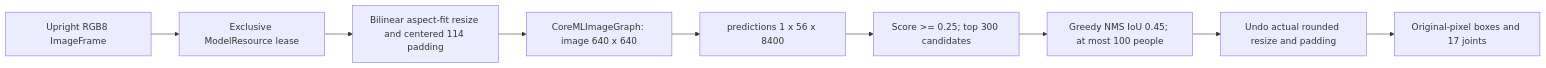
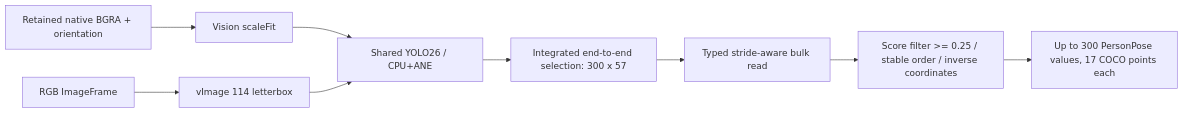
One commit to devilyouwei/MobileHarness changed the diagram in MobileHarness/ModelKit/Vision/YOLO/README.md. Above: the diagram before and after it, drawn with Mermaid. The commit also changed other lines of this file and 76 other files, not shown here.

First line of the commit message:
Improve native pose pipeline and migrate to YOLO26

````diff
--- a/MobileHarness/ModelKit/Vision/YOLO/README.md
+++ b/MobileHarness/ModelKit/Vision/YOLO/README.md
@@ -15,11 +13,11 @@
 ```mermaid
 flowchart LR
-    Image[Upright RGB8 ImageFrame] --> Lease[Exclusive ModelResource lease]
-    Lease --> Resize[Bilinear aspect-fit resize and centered 114 padding]
-    Resize --> Graph[CoreMLImageGraph: image 640 x 640]
-    Graph --> Tensor[predictions 1 x 56 x 8400]
-    Tensor --> Filter[Score >= 0.25; top 300 candidates]
-    Filter --> NMS[Greedy NMS IoU 0.45; at most 100 people]
-    NMS --> Restore[Undo actual rounded resize and padding]
-    Restore --> Result[Original-pixel boxes and 17 joints]
+    Native[Retained native BGRA + orientation] --> Vision[Vision scaleFit]
+    RGB[RGB ImageFrame] --> Custom[vImage 114 letterbox]
+    Vision --> Model[Shared YOLO26 / CPU+ANE]
+    Custom --> Model
+    Model --> Head[Integrated end-to-end selection: 300 x 57]
+    Head --> Read[Typed stride-aware bulk read]
+    Read --> Decode[Score filter >= 0.25 / stable order / inverse coordinates]
+    Decode --> Result[Up to 300 PersonPose values, 17 COCO points each]
 ```
````
